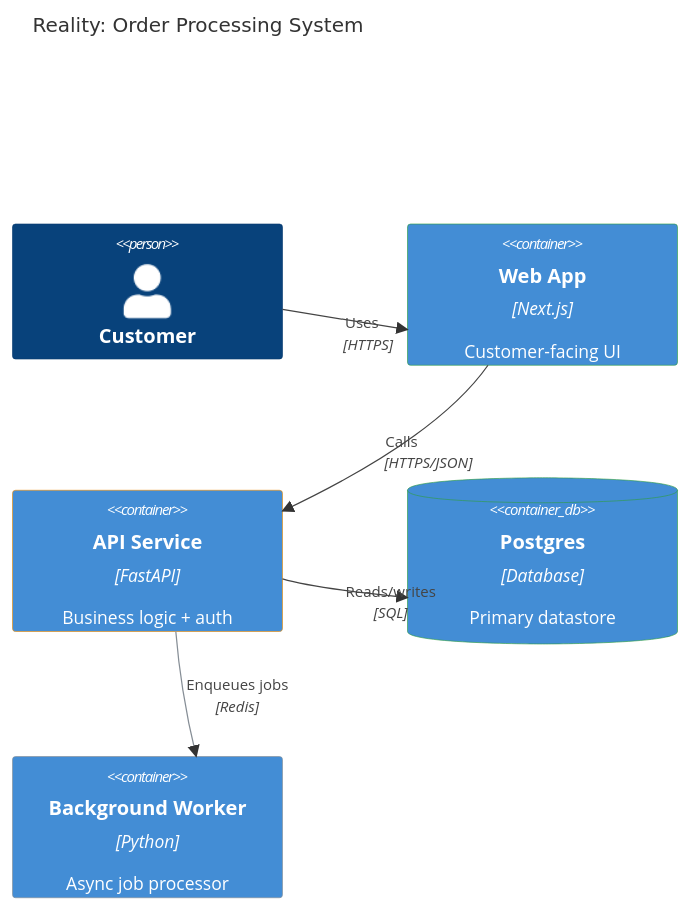
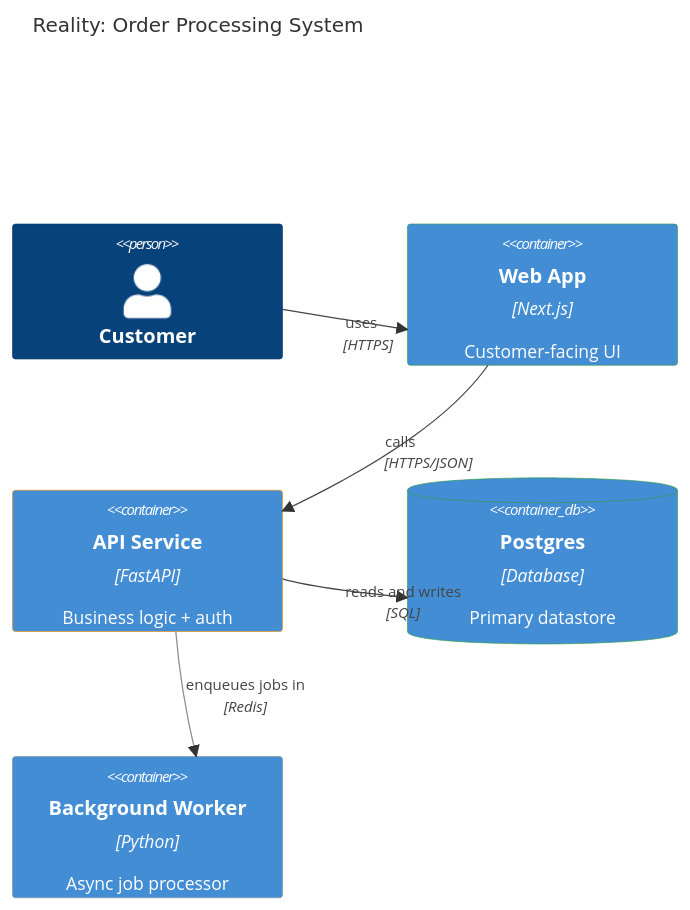
One commit to AntonyM71/Lumberjack changed the second of 5 diagrams in skills/reality-check/references/mermaid-patterns.md. Above: the diagram before and after it, drawn with Mermaid. The commit also changed other lines of this file and 5 other files, not shown here.

````diff
--- a/skills/reality-check/references/mermaid-patterns.md
+++ b/skills/reality-check/references/mermaid-patterns.md
@@ -55,21 +71,21 @@
 ```mermaid
 C4Container
     title Reality: Order Processing System
 
     Person(customer, "Customer")
     Container(webApp, "Web App", "Next.js", "Customer-facing UI")
     Container(api, "API Service", "FastAPI", "Business logic + auth")
     ContainerDb(db, "Postgres", "Database", "Primary datastore")
     Container(worker, "Background Worker", "Python", "Async job processor")
 
-    Rel(customer, webApp, "Uses", "HTTPS")
-    Rel(webApp, api, "Calls", "HTTPS/JSON")
-    Rel(api, db, "Reads/writes", "SQL")
-    Rel(api, worker, "Enqueues jobs", "Redis")
+    Rel(customer, webApp, "uses", "HTTPS")
+    Rel(webApp, api, "calls", "HTTPS/JSON")
+    Rel(api, db, "reads and writes", "SQL")
+    Rel(api, worker, "enqueues jobs in", "Redis")
 
     UpdateElementStyle(webApp, $borderColor="#2f9e44")
     UpdateElementStyle(api, $borderColor="#f08c00")
     UpdateElementStyle(db, $borderColor="#2f9e44")
     UpdateElementStyle(worker, $borderColor="#868e96")
     UpdateRelStyle(api, worker, $lineColor="#868e96", $offsetY="-10")
 ```
````
